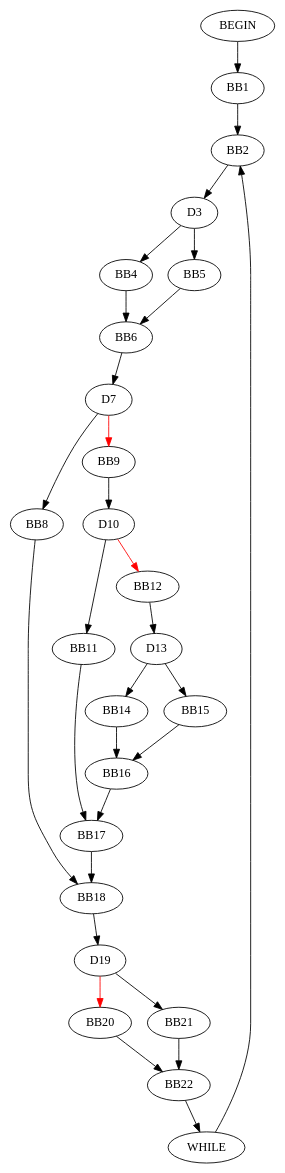
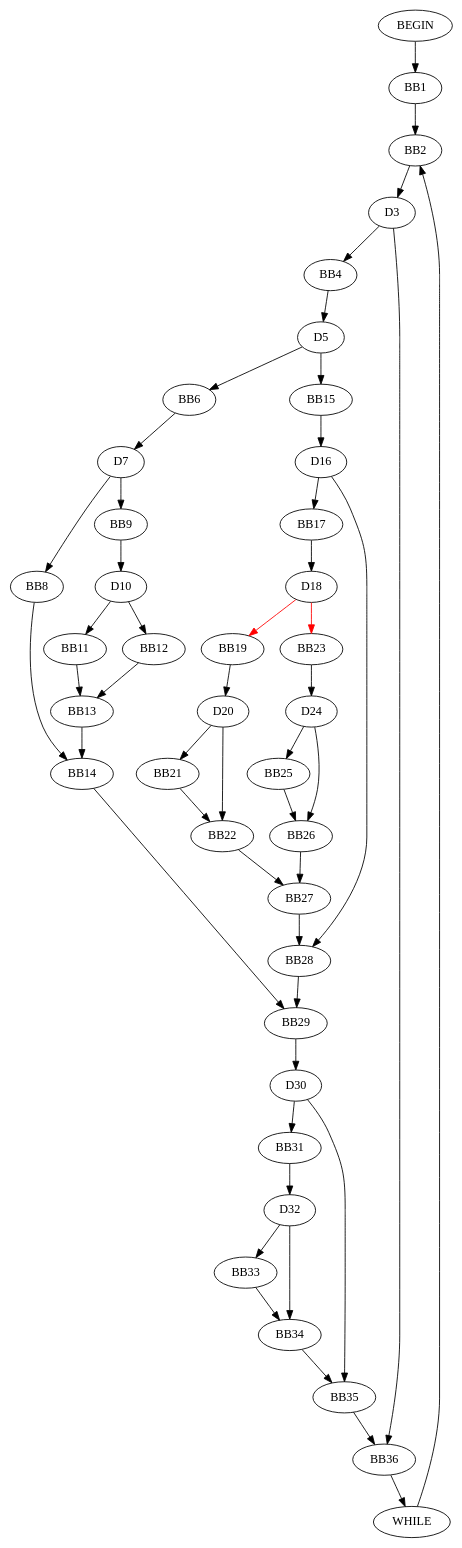
One commit to ayushsawlani/SymEx changed the diagram in resources/cfg.dot. Above: the diagram before and after it, drawn with Graphviz. The commit also changed 29 other files, not shown here.

```diff
--- a/resources/cfg.dot
+++ b/resources/cfg.dot
@@ -1,1 +1,1 @@
-digraph G {BEGIN->BB1;BB1->BB2;WHILE->BB2;BB2->D3;D3->BB4;D3->BB5;BB4->BB6;BB5->BB6;BB6->D7;D7->BB8;D7->BB9[color=red, pendwidth=3.0];BB9->D10;D10->BB11;D10->BB12[color=red, pendwidth=3.0];BB12->D13;D13->BB14;D13->BB15;BB14->BB16;BB15->BB16;BB11->BB17;BB16->BB17;BB8->BB18;BB17->BB18;BB18->D19;D19->BB20[color=red, pendwidth=3.0];D19->BB21;BB20->BB22;BB21->BB22;BB22->WHILE;}
+digraph G {BEGIN->BB1;BB1->BB2;WHILE->BB2;BB2->D3;D3->BB4;BB4->D5;D5->BB6;BB6->D7;D7->BB8;D7->BB9;BB9->D10;D10->BB11;D10->BB12;BB11->BB13;BB12->BB13;BB8->BB14;BB13->BB14;D5->BB15;BB15->D16;D16->BB17;BB17->D18;D18->BB19[color=red, pendwidth=3.0];BB19->D20;D20->BB21;BB21->BB22;D20->BB22;D18->BB23[color=red, pendwidth=3.0];BB23->D24;D24->BB25;BB25->BB26;D24->BB26;BB22->BB27;BB26->BB27;BB27->BB28;D16->BB28;BB14->BB29;BB28->BB29;BB29->D30;D30->BB31;BB31->D32;D32->BB33;BB33->BB34;D32->BB34;BB34->BB35;D30->BB35;BB35->BB36;D3->BB36;BB36->WHILE;}
```
